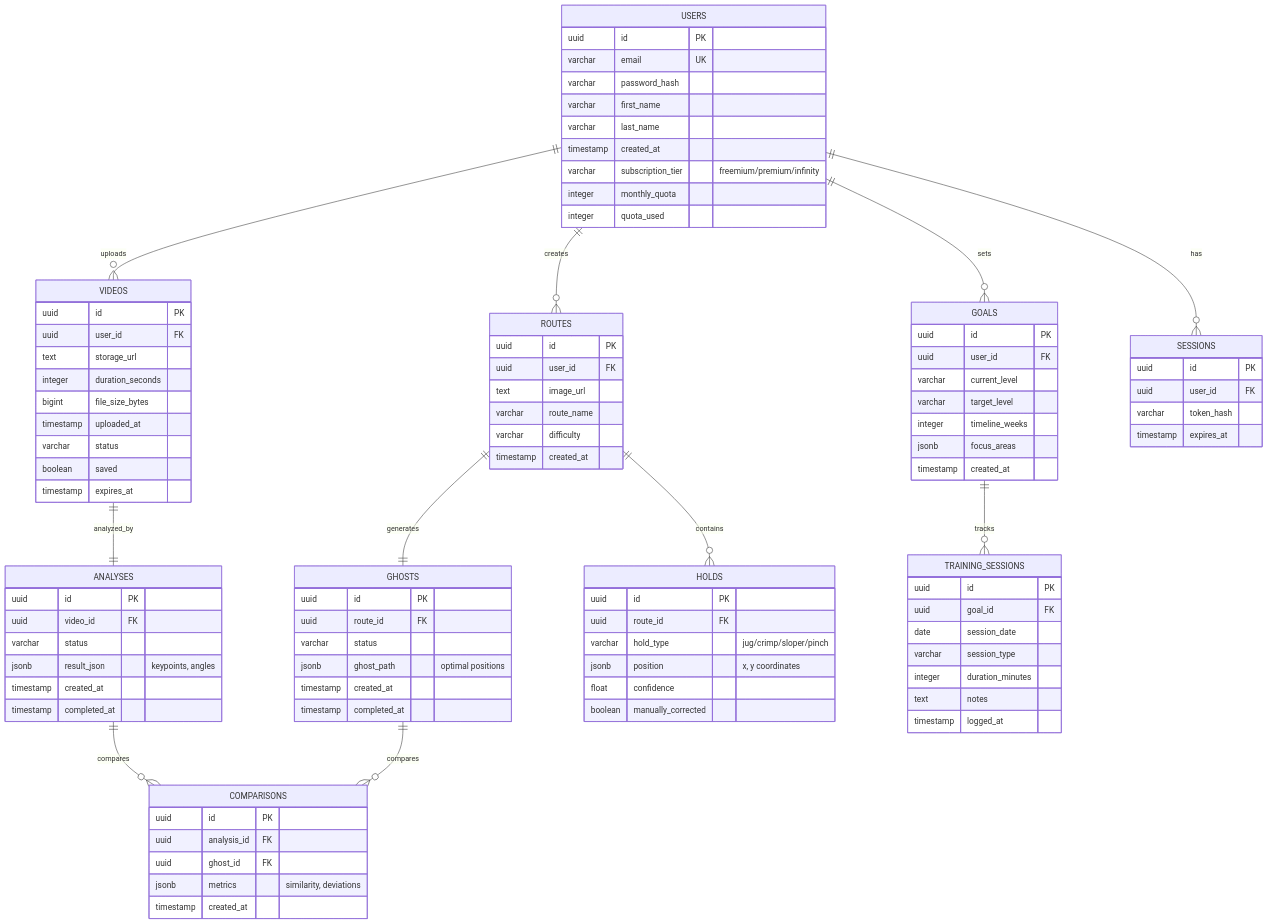
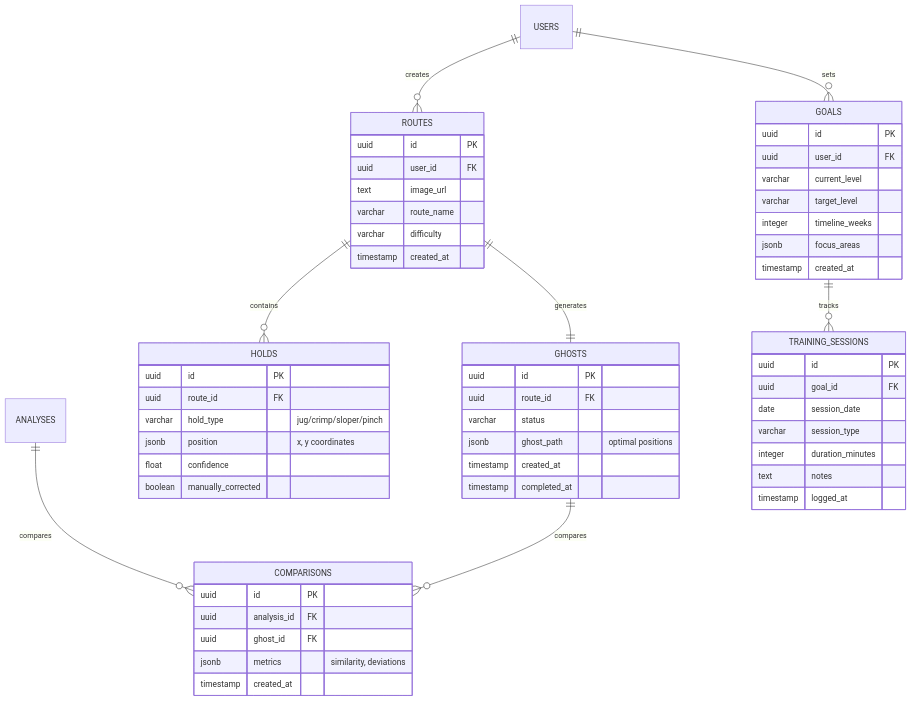
The second of 2 diagrams in docs/20-engineering/developer_guide/architecture/specifications/database-schema.md (Ascension-EIP/Ascension), drawn with Mermaid before and after one commit. The commit also changed other lines of this file, not shown here.

First line of the commit message:
docs(database): align schema specification with migrations

````diff
--- a/docs/20-engineering/developer_guide/architecture/specifications/database-schema.md
+++ b/docs/20-engineering/developer_guide/architecture/specifications/database-schema.md
@@ -37,48 +140,12 @@
 ```mermaid
 erDiagram
-    USERS ||--o{ VIDEOS : uploads
     USERS ||--o{ ROUTES : creates
     USERS ||--o{ GOALS : sets
-    USERS ||--o{ SESSIONS : has
-    VIDEOS ||--|| ANALYSES : analyzed_by
     ROUTES ||--|| GHOSTS : generates
     ROUTES ||--o{ HOLDS : contains
     ANALYSES ||--o{ COMPARISONS : compares
     GHOSTS ||--o{ COMPARISONS : compares
     GOALS ||--o{ TRAINING_SESSIONS : tracks
-
-    USERS {
-        uuid id PK
-        varchar email UK
-        varchar password_hash
-        varchar first_name
-        varchar last_name
-        timestamp created_at
-        varchar subscription_tier "freemium/premium/infinity"
-        integer monthly_quota
-        integer quota_used
-    }
-
-    VIDEOS {
-        uuid id PK
-        uuid user_id FK
-        text storage_url
-        integer duration_seconds
-        bigint file_size_bytes
-        timestamp uploaded_at
-        varchar status
-        boolean saved
-        timestamp expires_at
-    }
-
-    ANALYSES {
-        uuid id PK
-        uuid video_id FK
-        varchar status
-        jsonb result_json "keypoints, angles"
-        timestamp created_at
-        timestamp completed_at
-    }
 
     ROUTES {
         uuid id PK
@@ -134,11 +201,4 @@
         text notes
         timestamp logged_at
     }
-
-    SESSIONS {
-        uuid id PK
-        uuid user_id FK
-        varchar token_hash
-        timestamp expires_at
-    }
 ```
````
